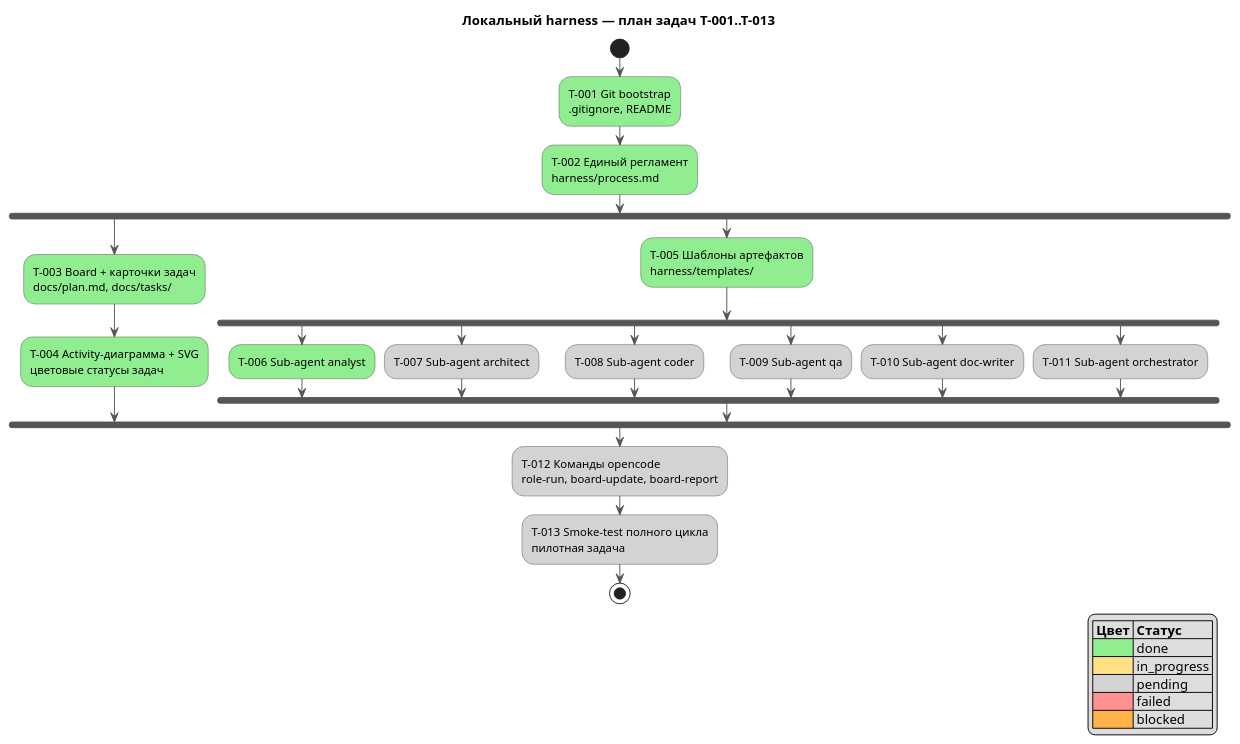
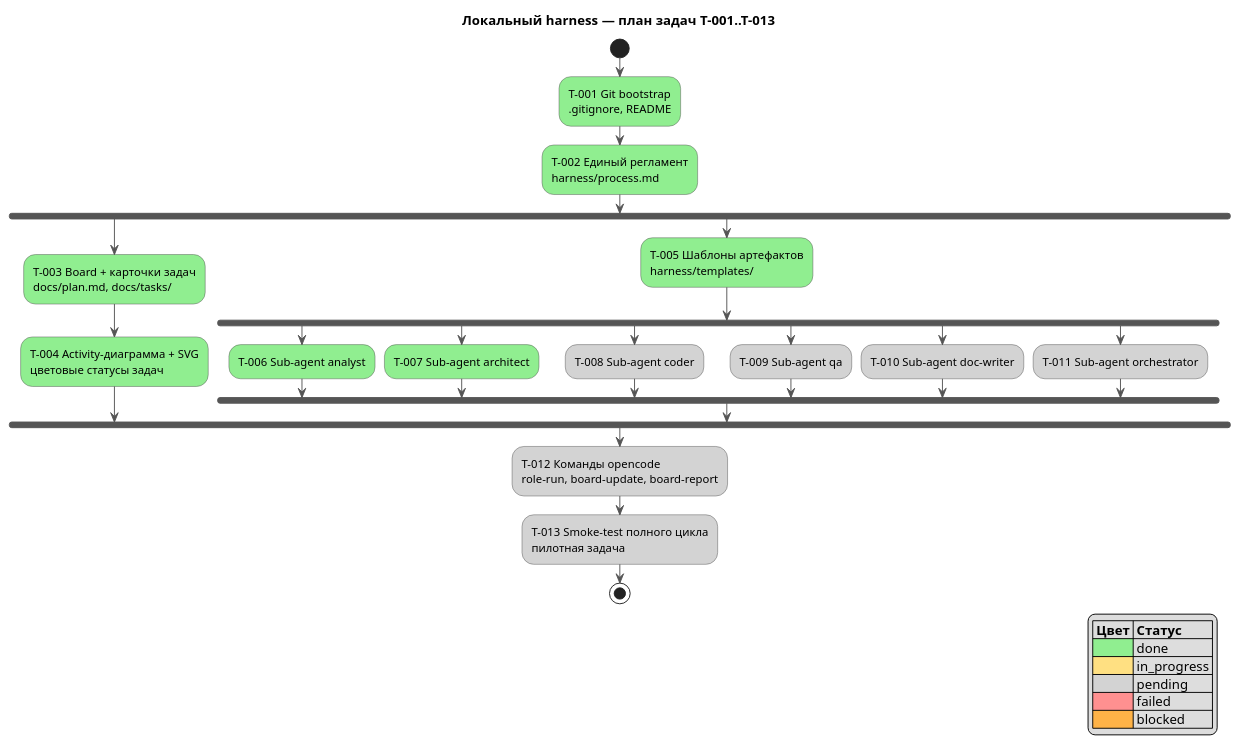
The diagram in docs/activity.puml (serge-sasov/harness), drawn with PlantUML before and after one commit. The commit also changed 5 other files, not shown here.

Commit message:
T-007: sub-agent architect (qwen3.8:27b-64k)

```diff
--- a/docs/activity.puml
+++ b/docs/activity.puml
@@ -1,42 +1,42 @@
 @startuml
 skinparam defaultFontName Segoe UI
 skinparam ActivityBackgroundColor #FFFFFF
 skinparam ActivityBorderColor #555555
 skinparam ArrowColor #555555
 title Локальный harness — план задач T-001..T-013
 
 start
 #90EE90:T-001 Git bootstrap\n.gitignore, README;
 #90EE90:T-002 Единый регламент\nharness/process.md;
 fork
   #90EE90:T-003 Board + карточки задач\ndocs/plan.md, docs/tasks/;
   #90EE90:T-004 Activity-диаграмма + SVG\nцветовые статусы задач;
 fork again
   #90EE90:T-005 Шаблоны артефактов\nharness/templates/;
   fork
     #90EE90:T-006 Sub-agent analyst;
   fork again
-    #D3D3D3:T-007 Sub-agent architect;
+    #90EE90:T-007 Sub-agent architect;
   fork again
     #D3D3D3:T-008 Sub-agent coder;
   fork again
     #D3D3D3:T-009 Sub-agent qa;
   fork again
     #D3D3D3:T-010 Sub-agent doc-writer;
   fork again
     #D3D3D3:T-011 Sub-agent orchestrator;
   end fork
 end fork
 #D3D3D3:T-012 Команды opencode\nrole-run, board-update, board-report;
 #D3D3D3:T-013 Smoke-test полного цикла\nпилотная задача;
 stop
 
 legend right
 |= Цвет |= Статус |
 |<#90EE90>| done |
 |<#FFE082>| in_progress |
 |<#D3D3D3>| pending |
 |<#FF9090>| failed |
 |<#FFB347>| blocked |
 endlegend
 @enduml
```
